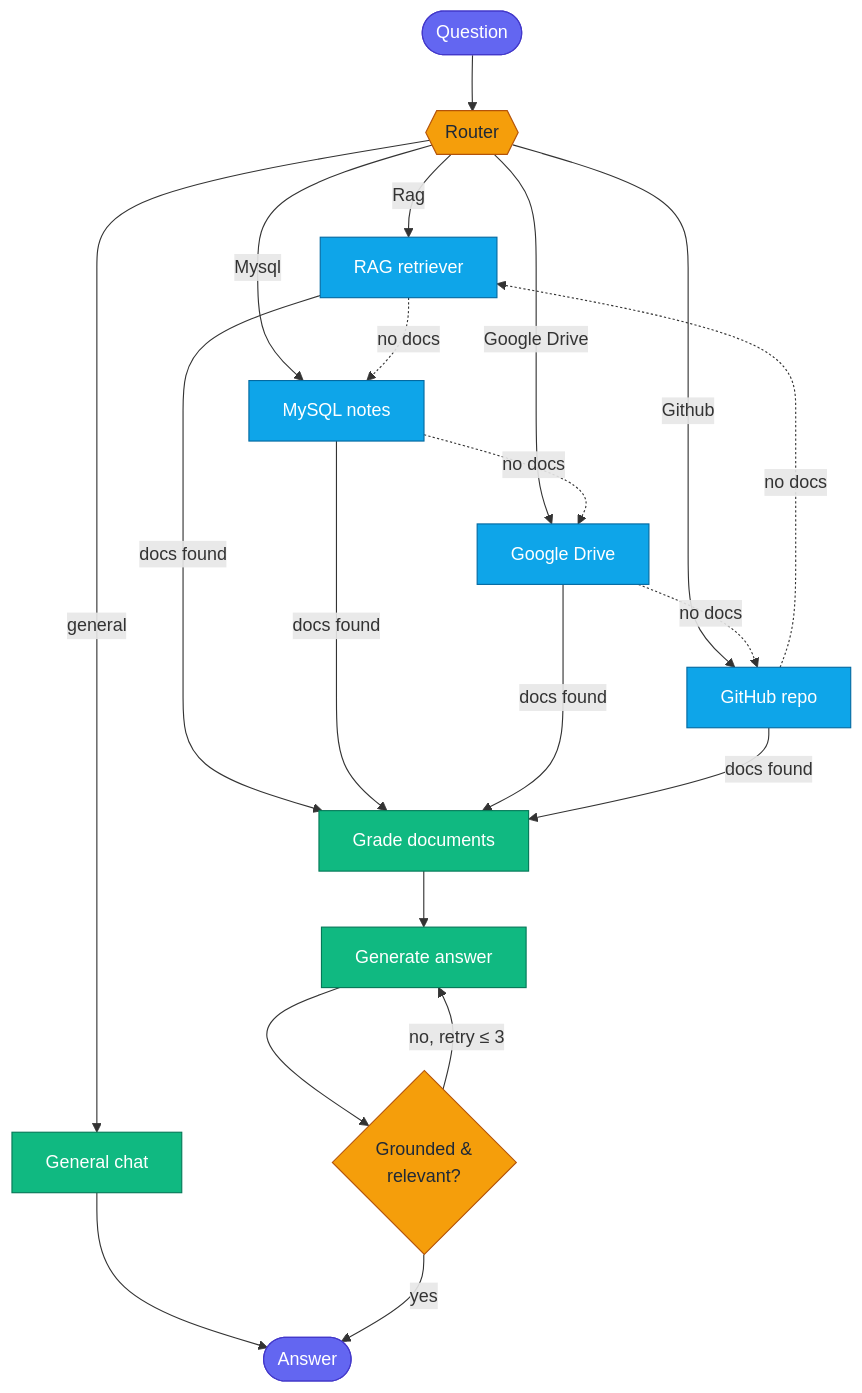
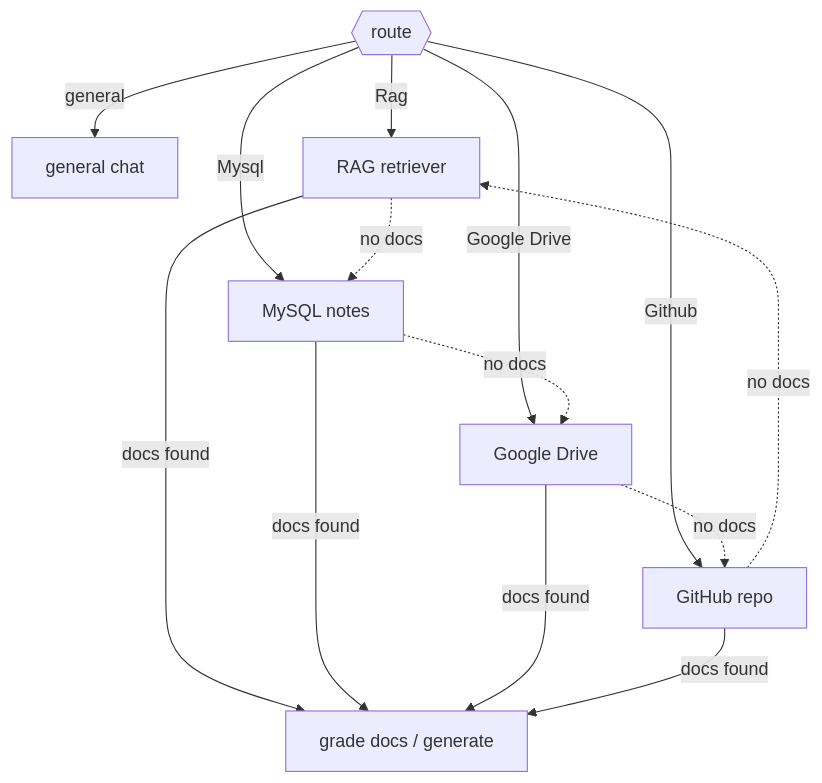
Before and after one commit to SalahJamal1/Agentic-RAG-Nexus: the second of 2 diagrams in README.md, drawn with Mermaid. The commit also changed other lines of this file, not shown here.

````diff
--- a/README.md
+++ b/README.md
@@ -37,37 +50,18 @@
 ```mermaid
 flowchart TD
-    Start([Question]) --> Router{{Router}}
+    route{{route}} -- general --> chat[general chat]
+    route -- Rag --> rag[RAG retriever]
+    route -- Mysql --> mysql[MySQL notes]
+    route -- "Google Drive" --> drive[Google Drive]
+    route -- Github --> github[GitHub repo]
 
-    Router -- general --> General[General chat]
-    General --> Answer([Answer])
+    mysql -. no docs .-> drive
+    drive -. no docs .-> github
+    github -. no docs .-> rag
+    rag -. no docs .-> mysql
 
-    Router -- Rag --> RAG[RAG retriever]
-    Router -- Mysql --> MYSQL[MySQL notes]
-    Router -- "Google Drive" --> DRIVE[Google Drive]
-    Router -- Github --> GITHUB[GitHub repo]
-
-    MYSQL -. no docs .-> DRIVE
-    DRIVE -. no docs .-> GITHUB
-    GITHUB -. no docs .-> RAG
-    RAG -. no docs .-> MYSQL
-
-    RAG -- docs found --> Grade[Grade documents]
-    MYSQL -- docs found --> Grade
-    DRIVE -- docs found --> Grade
-    GITHUB -- docs found --> Grade
-
-    Grade --> Generate[Generate answer]
-    Generate --> Check{Grounded &<br/>relevant?}
-    Check -- "no, retry ≤ 3" --> Generate
-    Check -- yes --> Answer
-
-    classDef terminal fill:#6366f1,stroke:#4338ca,color:#fff
-    classDef decision fill:#f59e0b,stroke:#b45309,color:#1f2937
-    classDef source fill:#0ea5e9,stroke:#0369a1,color:#fff
-    classDef action fill:#10b981,stroke:#047857,color:#fff
-
-    class Start,Answer terminal
-    class Router,Check decision
-    class RAG,MYSQL,DRIVE,GITHUB source
-    class General,Grade,Generate action
+    rag -- docs found --> next[grade docs / generate]
+    mysql -- docs found --> next
+    drive -- docs found --> next
+    github -- docs found --> next
 ```
````
